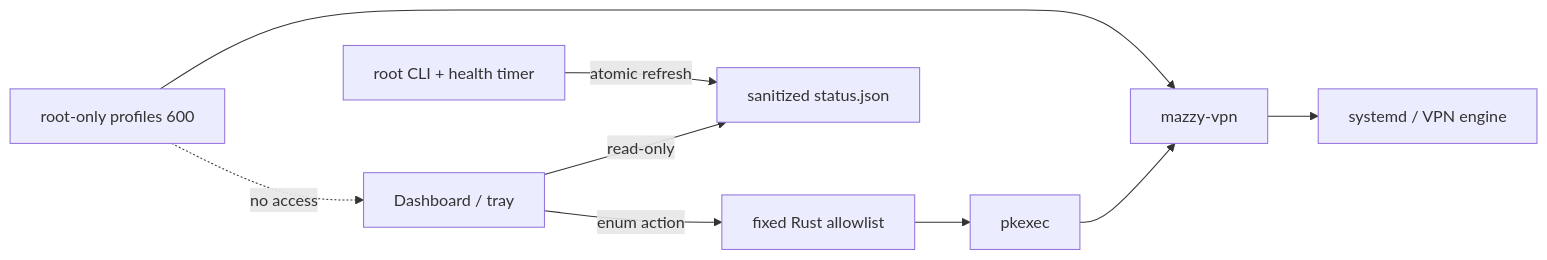
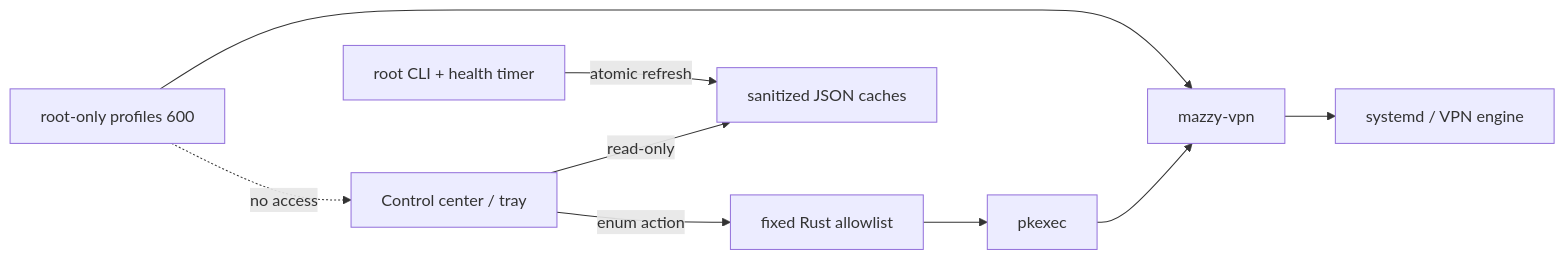
Before and after one commit to mazurovn/mazzy-vpn: the diagram in wiki/Desktop-Dashboard-and-Tray.md, drawn with Mermaid. The commit also changed other lines of this file and 45 other files, not shown here.

First line of the commit message:
Desktop Linux control center 0.2 and cross-platform release plan (#21)

````diff
--- a/wiki/Desktop-Dashboard-and-Tray.md
+++ b/wiki/Desktop-Dashboard-and-Tray.md
@@ -42,11 +48,11 @@
 ```mermaid
 flowchart LR
-    UI["Dashboard / tray"] -->|read-only| Cache["sanitized status.json"]
+    UI["Control center / tray"] -->|read-only| Cache["sanitized JSON caches"]
     Root["root CLI + health timer"] -->|atomic refresh| Cache
     UI -->|enum action| Map["fixed Rust allowlist"]
     Map --> PK["pkexec"]
     PK --> CLI["mazzy-vpn"]
     CLI --> SD["systemd / VPN engine"]
     Profiles["root-only profiles 600"] --> CLI
     Profiles -. no access .-> UI
 ```
````
